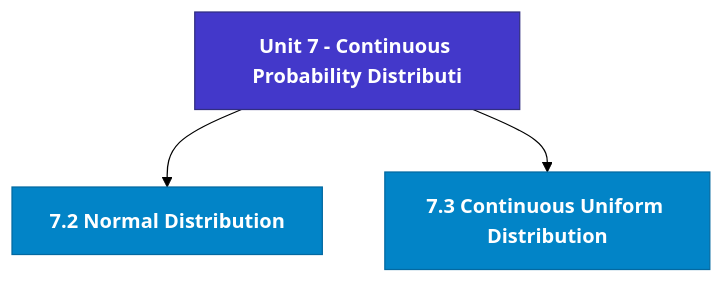
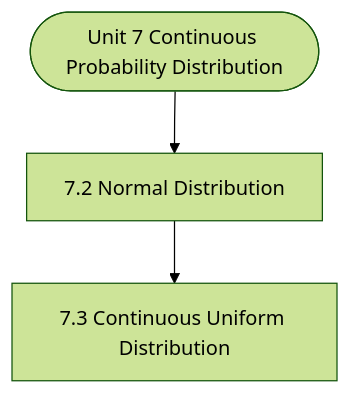
One commit to Asutosh-Coaching/mscdsa changed the diagram in notes/Semester_2/MCS-066_Mathematical_Foundations_-_II/unit_07_Continuous_Probability_Distributions_and_Exact_Sam.md. Above: the diagram before and after it, drawn with Mermaid (forest theme). The commit also changed other lines of this file and 115 other files, not shown here.

Commit message:
Fix Mermaid layout for mobile, isolate LaTeX delimiters, and add GitHub Pages reader

````diff
--- a/notes/Semester_2/MCS-066_Mathematical_Foundations_-_II/unit_07_Continuous_Probability_Distributions_and_Exact_Sam.md
+++ b/notes/Semester_2/MCS-066_Mathematical_Foundations_-_II/unit_07_Continuous_Probability_Distributions_and_Exact_Sam.md
@@ -19,13 +19,8 @@
 ```mermaid
 flowchart TD
-  %% Styling Definitions
-  classDef head fill:#4338ca,stroke:#312e81,color:#ffffff,font-weight:bold;
-  classDef topic fill:#0284c7,stroke:#0369a1,color:#ffffff,font-weight:600;
-  classDef sub fill:#1e293b,stroke:#475569,color:#f8fafc;
-
-  Root["Unit 7 - Continuous Probability Distributi"]:::head
-  M1["7.2 Normal Distribution"]:::topic
-  Root --> M1
-  M2["7.3 Continuous Uniform Distribution"]:::topic
-  Root --> M2
+  Start(["Unit 7 Continuous Probability Distribution"])
+  N1["7.2 Normal Distribution"]
+  N2["7.3 Continuous Uniform Distribution"]
+  Start --> N1
+  N1 --> N2
 ```
````
